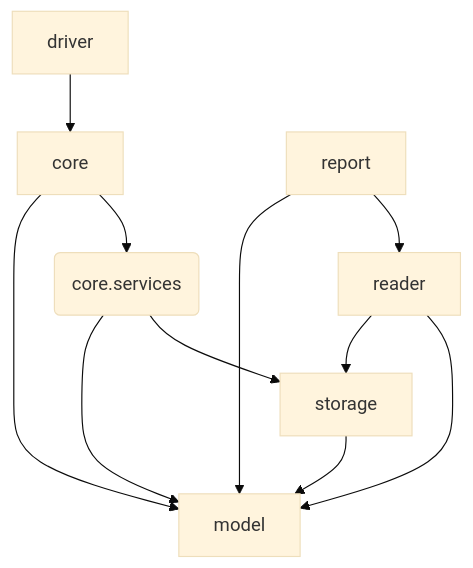
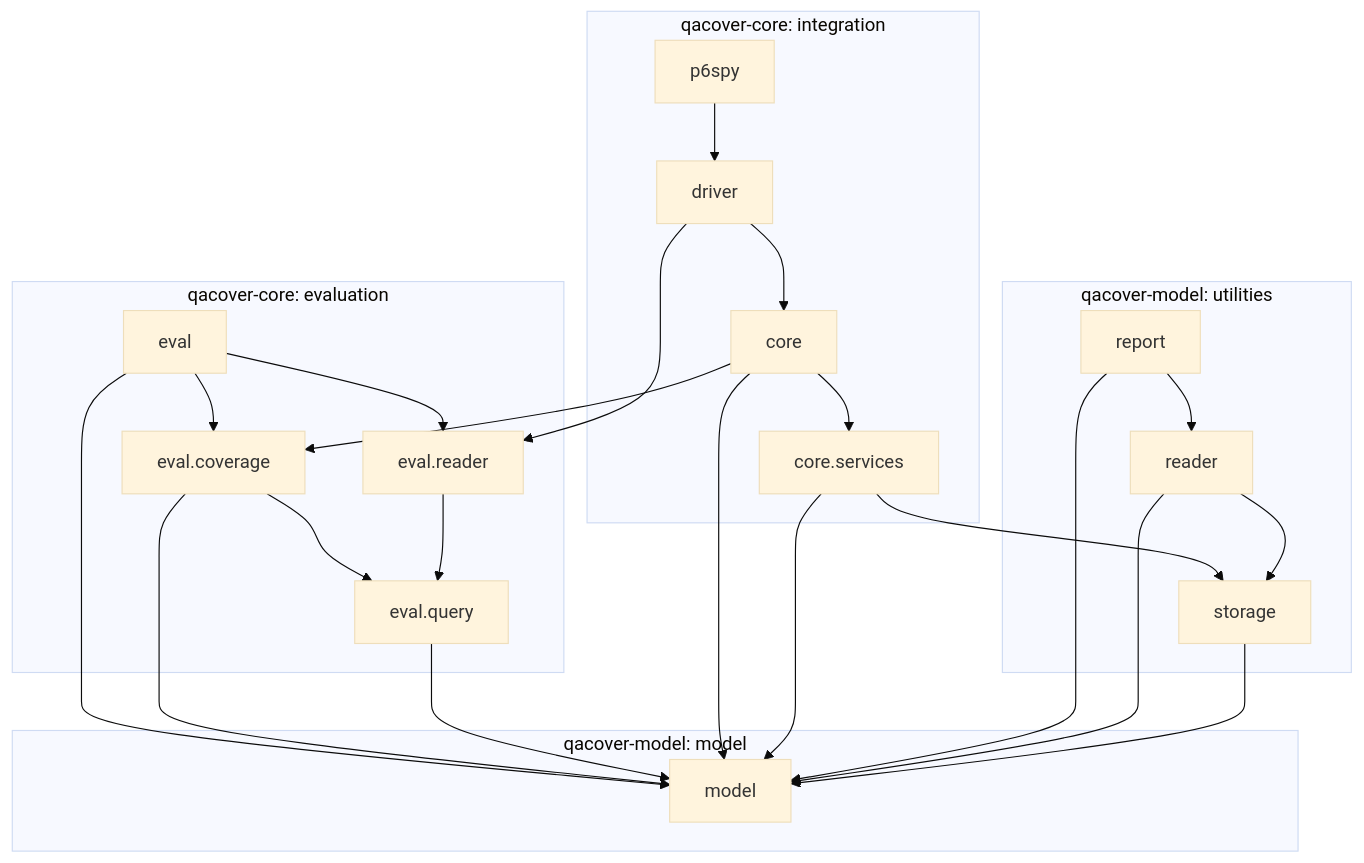
Before and after one commit to giis-uniovi/qacover: the diagram in README.md, drawn with Mermaid (base theme). The commit also changed other lines of this file and 64 other files, not shown here.

````diff
--- a/README.md
+++ b/README.md
@@ -342,13 +375,35 @@
 ```mermaid
 flowchart TD
+  subgraph qacover-core: evaluation
+  eval --> eval.coverage
+  eval --> eval.reader
+  eval.coverage --> eval.query
+  eval.reader --> eval.query
+  end
+  eval --> model
+  eval.coverage --> model
+  eval.query --> model
+
+  subgraph qacover-core: integration
+  p6spy --> driver
   driver --> core
-  core --> services(core.services)
-  services --> storage
-  storage --> model
+  core --> core.services
+  end
   core --> model
-  services --> model
+  core --> eval.coverage
+  core.services --> storage
+  core.services --> model
+  driver --> eval.reader
+  
+  subgraph qacover-model: utilities
   report --> reader
+  reader --> storage
+  end
   report --> model
   reader --> model
-  reader --> storage
+  storage --> model
+
+  subgraph qacover-model: model
+  model
+  end
 ```
````
